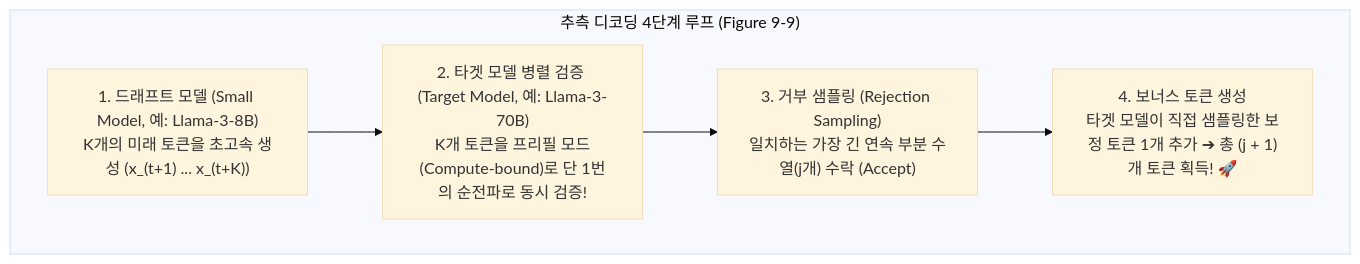
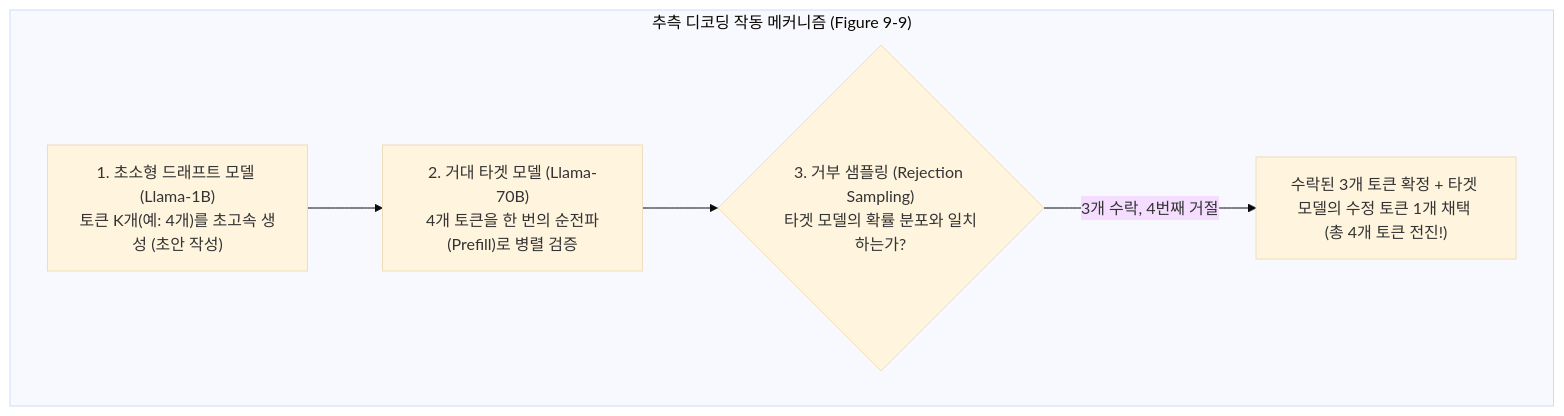
The first of 2 diagrams in chapter-qa/ch09-inference-optimization-qa/03-speculative-decoding-caching-and-parallelism.md (sing-u8/AI-Engineering), drawn with Mermaid (base theme) before and after one commit. The commit also changed other lines of this file and 25 other files, not shown here.

````diff
--- a/chapter-qa/ch09-inference-optimization-qa/03-speculative-decoding-caching-and-parallelism.md
+++ b/chapter-qa/ch09-inference-optimization-qa/03-speculative-decoding-caching-and-parallelism.md
@@ -39,8 +37,8 @@
 ```mermaid
 flowchart TD
-    subgraph SpecLoop["추측 디코딩 4단계 루프 (Figure 9-9)"]
-        Draft["1. 드래프트 모델 (Small Model, 예: Llama-3-8B)\nK개의 미래 토큰을 초고속 생성 (x_(t+1) ... x_(t+K))"] --> Verify["2. 타겟 모델 병렬 검증 (Target Model, 예: Llama-3-70B)\nK개 토큰을 프리필 모드(Compute-bound)로 단 1번의 순전파로 동시 검증!"]
-        Verify --> Rejection["3. 거부 샘플링 (Rejection Sampling)\n일치하는 가장 긴 연속 부분 수열(j개) 수락 (Accept)"]
-        Rejection --> Bonus["4. 보너스 토큰 생성\n타겟 모델이 직접 샘플링한 보정 토큰 1개 추가 ➔ 총 (j + 1)개 토큰 획득! 🚀"]
+    subgraph SpecDec["추측 디코딩 작동 메커니즘 (Figure 9-9)"]
+        Draft["1. 초소형 드래프트 모델 (Llama-1B)\n토큰 K개(예: 4개)를 초고속 생성 (초안 작성)"] --> Target["2. 거대 타겟 모델 (Llama-70B)\n4개 토큰을 한 번의 순전파(Prefill)로 병렬 검증"]
+        Target --> Reject{"3. 거부 샘플링 (Rejection Sampling)\n타겟 모델의 확률 분포와 일치하는가?"}
+        Reject -- "3개 수락, 4번째 거절" --> Accept["수락된 3개 토큰 확정 + 타겟 모델의 수정 토큰 1개 채택 (총 4개 토큰 전진!)"]
     end
 ```
````
